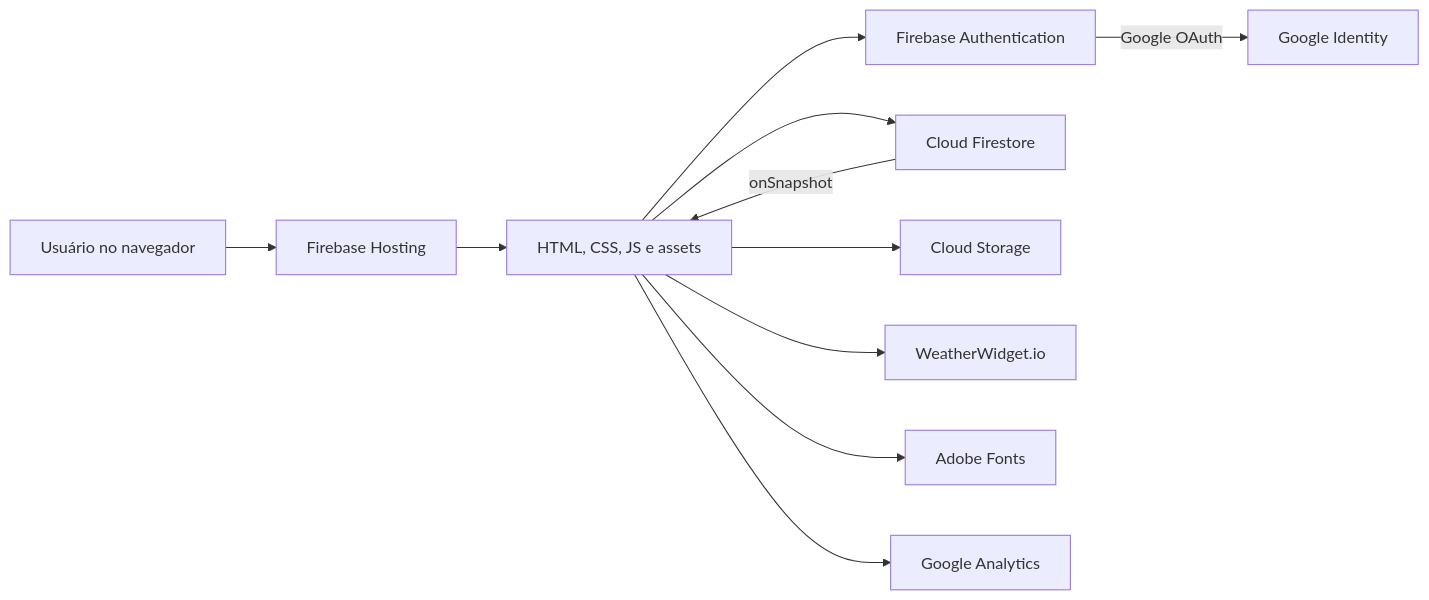
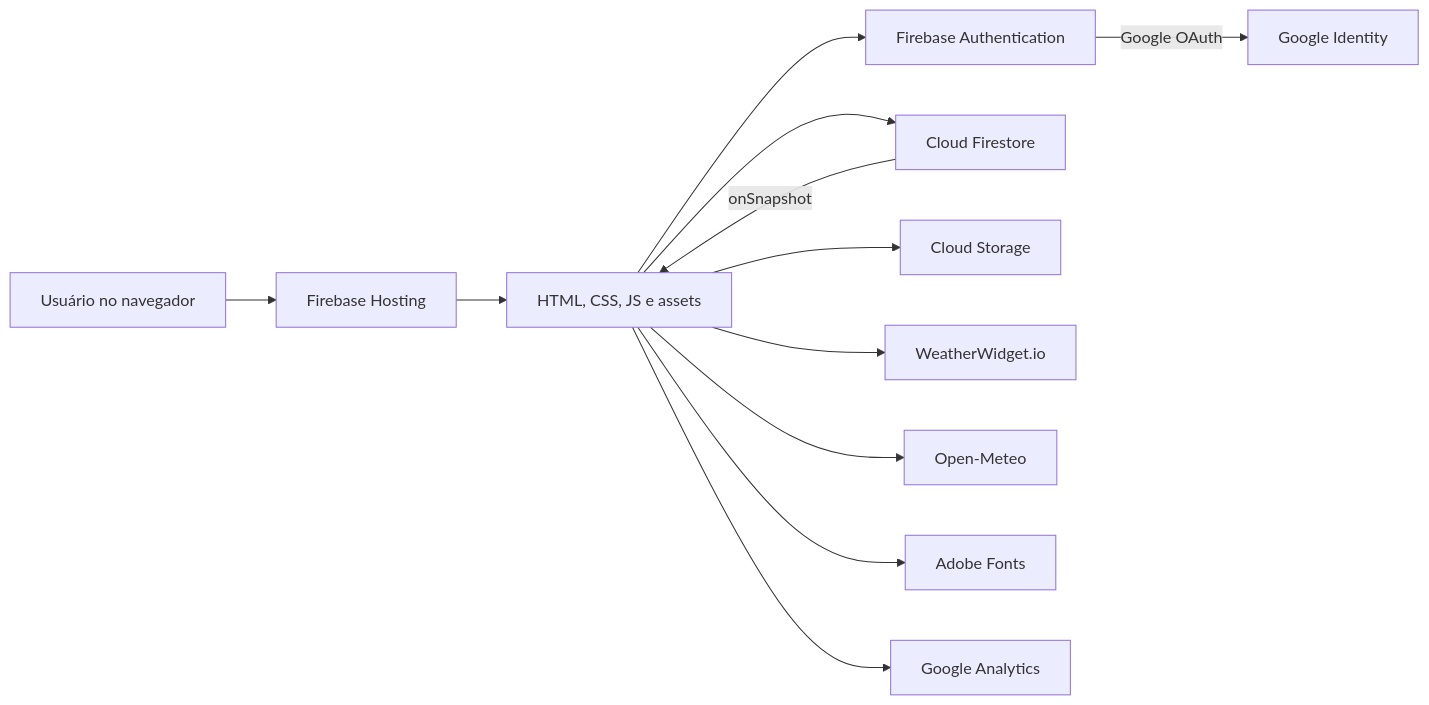
The first of 3 diagrams in docs/architecture.md (gaabrielrd/timekeeper), drawn with Mermaid before and after one commit. The commit also changed other lines of this file and 15 other files, not shown here.

Commit message:
Add dynamic weather atmospheres with Open-Meteo

````diff
--- a/docs/architecture.md
+++ b/docs/architecture.md
@@ -9,13 +9,14 @@
 ```mermaid
 flowchart LR
     U["Usuário no navegador"] --> H["Firebase Hosting"]
     H --> A["HTML, CSS, JS e assets"]
     A --> AUTH["Firebase Authentication"]
     A --> DB["Cloud Firestore"]
     A --> S["Cloud Storage"]
     A --> W["WeatherWidget.io"]
+    A --> M["Open-Meteo"]
     A --> F["Adobe Fonts"]
     A --> G["Google Analytics"]
     AUTH -->|"Google OAuth"| O["Google Identity"]
     DB -->|"onSnapshot"| A
 ```
````
